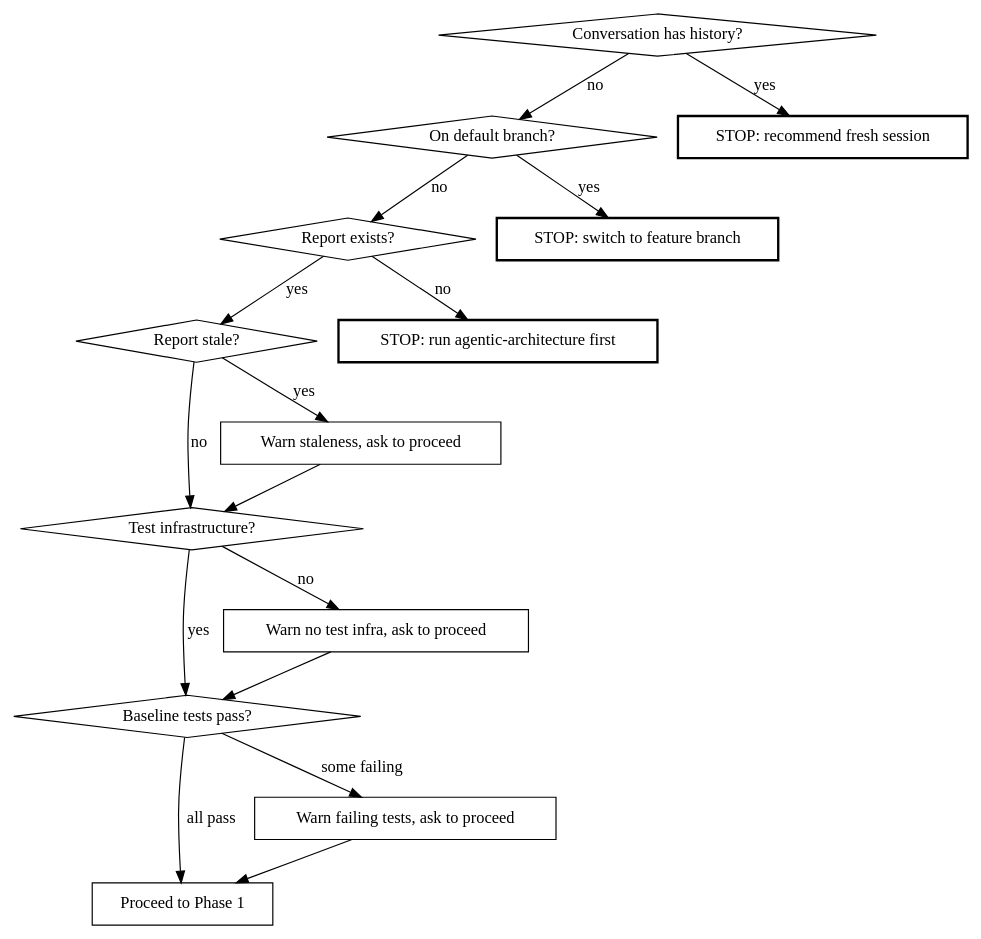
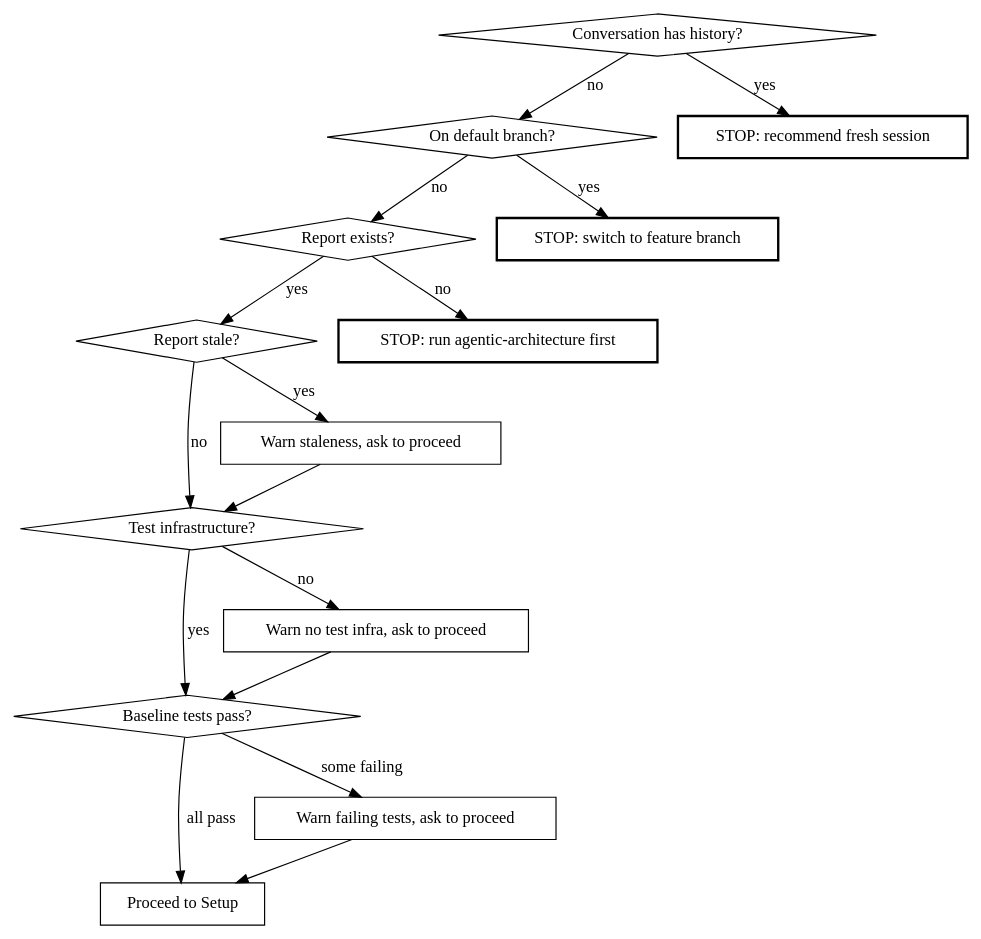
One commit to wphillipmoore/paad changed the diagram in plugins/paad/skills/fix-architecture/SKILL.md. Above: the diagram before and after it, drawn with Graphviz. The commit also changed other lines of this file and 1 other file, not shown here.

````diff
--- a/plugins/paad/skills/fix-architecture/SKILL.md
+++ b/plugins/paad/skills/fix-architecture/SKILL.md
@@ -21,33 +21,33 @@
 ```dot
 digraph preflight {
   "Conversation has history?" [shape=diamond];
   "On default branch?" [shape=diamond];
   "Report exists?" [shape=diamond];
   "Report stale?" [shape=diamond];
   "Test infrastructure?" [shape=diamond];
   "Baseline tests pass?" [shape=diamond];
-  "Proceed to Phase 1" [shape=box];
+  "Proceed to Setup" [shape=box];
   "STOP: recommend fresh session" [shape=box, style=bold];
   "STOP: switch to feature branch" [shape=box, style=bold];
   "STOP: run agentic-architecture first" [shape=box, style=bold];
   "Warn staleness, ask to proceed" [shape=box];
   "Warn no test infra, ask to proceed" [shape=box];
   "Warn failing tests, ask to proceed" [shape=box];
 
   "Conversation has history?" -> "STOP: recommend fresh session" [label="yes"];
   "Conversation has history?" -> "On default branch?" [label="no"];
   "On default branch?" -> "STOP: switch to feature branch" [label="yes"];
   "On default branch?" -> "Report exists?" [label="no"];
   "Report exists?" -> "STOP: run agentic-architecture first" [label="no"];
   "Report exists?" -> "Report stale?" [label="yes"];
   "Report stale?" -> "Warn staleness, ask to proceed" [label="yes"];
   "Report stale?" -> "Test infrastructure?" [label="no"];
   "Warn staleness, ask to proceed" -> "Test infrastructure?";
   "Test infrastructure?" -> "Warn no test infra, ask to proceed" [label="no"];
   "Test infrastructure?" -> "Baseline tests pass?" [label="yes"];
   "Warn no test infra, ask to proceed" -> "Baseline tests pass?";
   "Baseline tests pass?" -> "Warn failing tests, ask to proceed" [label="some failing"];
-  "Baseline tests pass?" -> "Proceed to Phase 1" [label="all pass"];
-  "Warn failing tests, ask to proceed" -> "Proceed to Phase 1";
+  "Baseline tests pass?" -> "Proceed to Setup" [label="all pass"];
+  "Warn failing tests, ask to proceed" -> "Proceed to Setup";
 }
 ```
````
